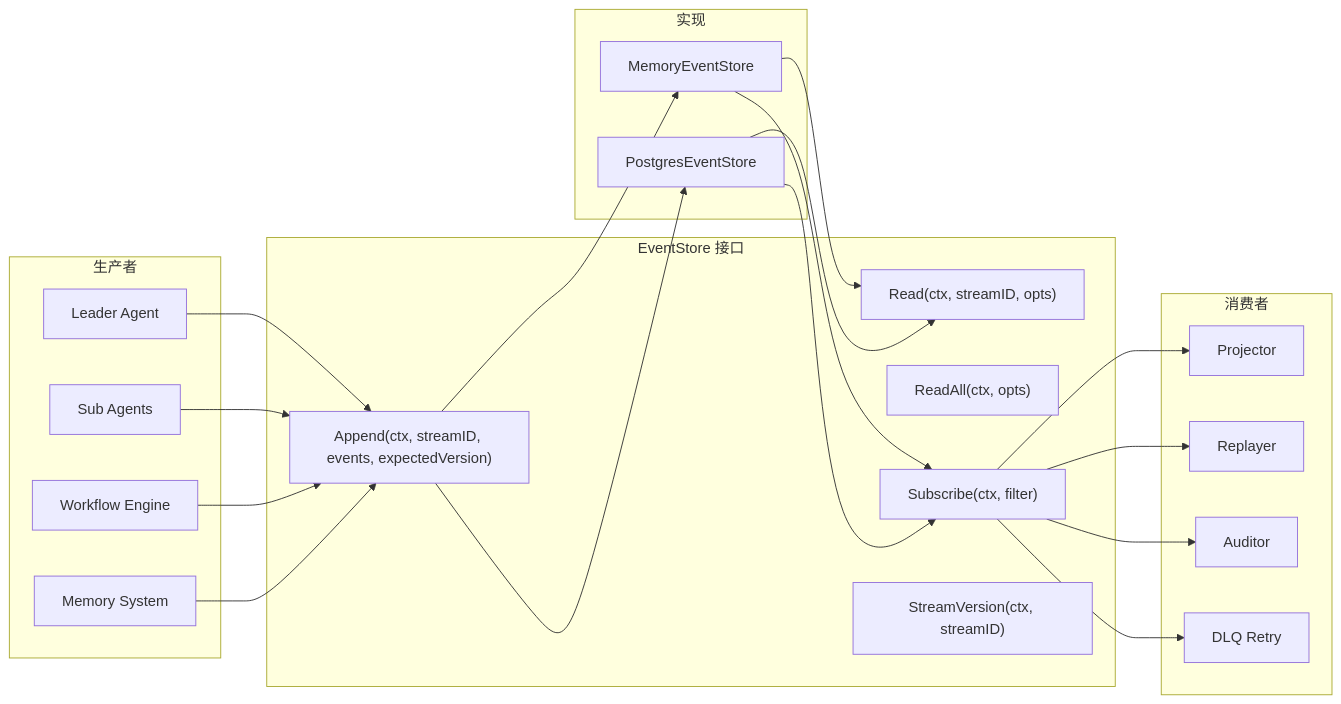
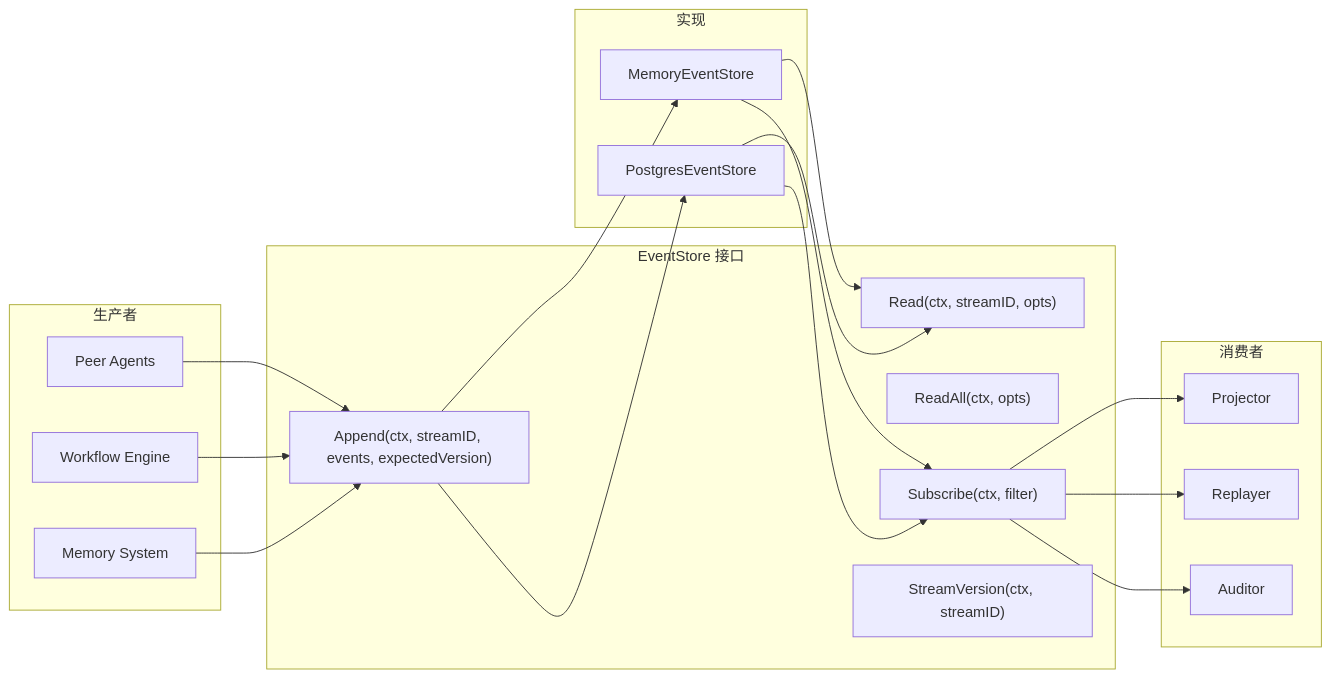
One commit to Timwood0x10/ARES changed the diagram in docs/zh/features/event-sourcing.md. Above: the diagram before and after it, drawn with Mermaid. The commit also changed other lines of this file and 25 other files, not shown here.

````diff
--- a/docs/zh/features/event-sourcing.md
+++ b/docs/zh/features/event-sourcing.md
@@ -18,47 +18,43 @@
 ```mermaid
 graph LR
     subgraph Producers ["生产者"]
-        Leader[Leader Agent]
-        SubAgent[Sub Agents]
+        Agent[Peer Agents]
         Workflow[Workflow Engine]
         Memory[Memory System]
     end
 
     subgraph EventStore ["EventStore 接口"]
         Append["Append(ctx, streamID, events, expectedVersion)"]
         Read["Read(ctx, streamID, opts)"]
         ReadAll["ReadAll(ctx, opts)"]
         Subscribe["Subscribe(ctx, filter)"]
         StreamVersion["StreamVersion(ctx, streamID)"]
     end
 
     subgraph Implementations ["实现"]
         MemStore[MemoryEventStore]
         PgStore[PostgresEventStore]
     end
 
     subgraph Consumers ["消费者"]
         Projector[Projector]
         Replayer[Replayer]
         Auditor[Auditor]
-        DLQ[DLQ Retry]
     end
 
-    Leader --> Append
-    SubAgent --> Append
+    Agent --> Append
     Workflow --> Append
     Memory --> Append
 
     Append --> MemStore
     Append --> PgStore
 
     MemStore --> Read
     PgStore --> Read
     MemStore --> Subscribe
     PgStore --> Subscribe
 
     Subscribe --> Projector
     Subscribe --> Replayer
     Subscribe --> Auditor
-    Subscribe --> DLQ
 ```
````
